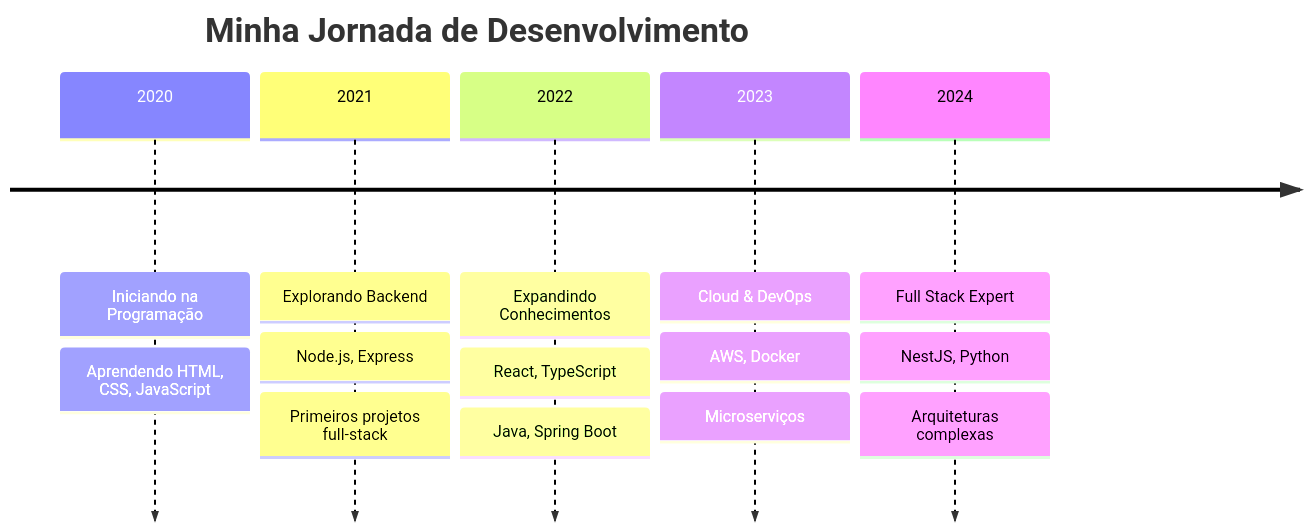
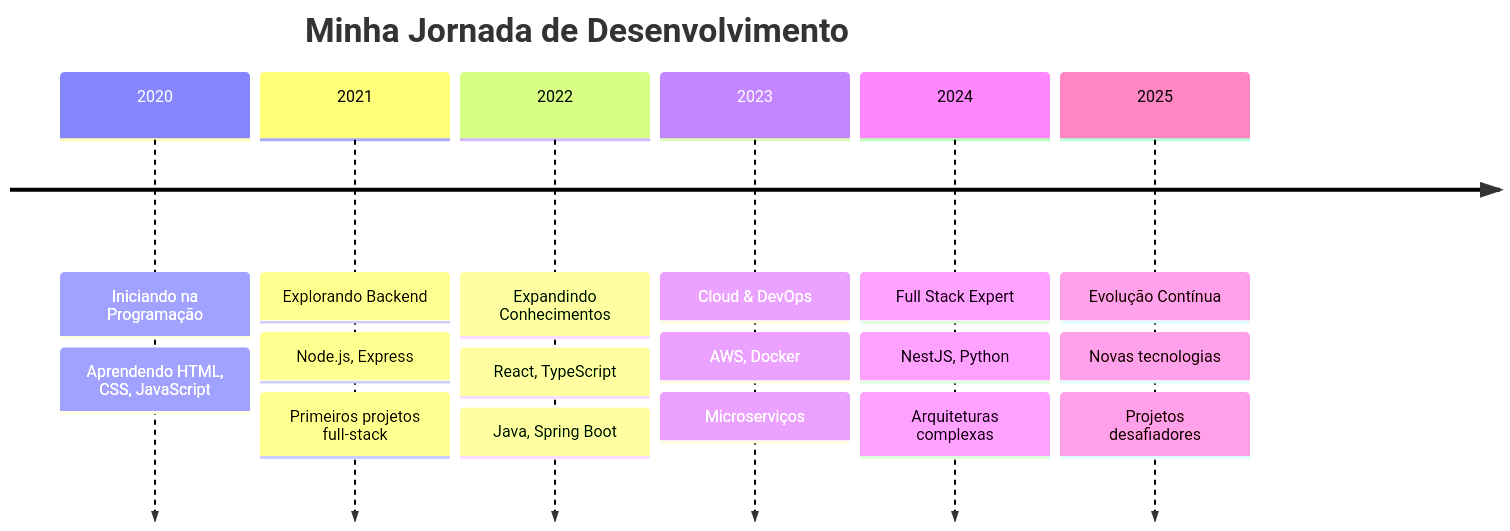
Before and after one commit to Elebeg/Elebeg: the diagram in README.md, drawn with Mermaid. The commit also changed other lines of this file, not shown here.

````diff
--- a/README.md
+++ b/README.md
@@ -129,23 +130,27 @@
 ```mermaid
 timeline
     title Minha Jornada de Desenvolvimento
     
     2020 : Iniciando na Programação
          : Aprendendo HTML, CSS, JavaScript
     
     2021 : Explorando Backend
          : Node.js, Express
          : Primeiros projetos full-stack
     
     2022 : Expandindo Conhecimentos
          : React, TypeScript
          : Java, Spring Boot
     
     2023 : Cloud & DevOps
          : AWS, Docker
          : Microserviços
     
     2024 : Full Stack Expert
          : NestJS, Python
          : Arquiteturas complexas
+         
+    2025 : Evolução Contínua
+         : Novas tecnologias
+         : Projetos desafiadores
 ```
````
